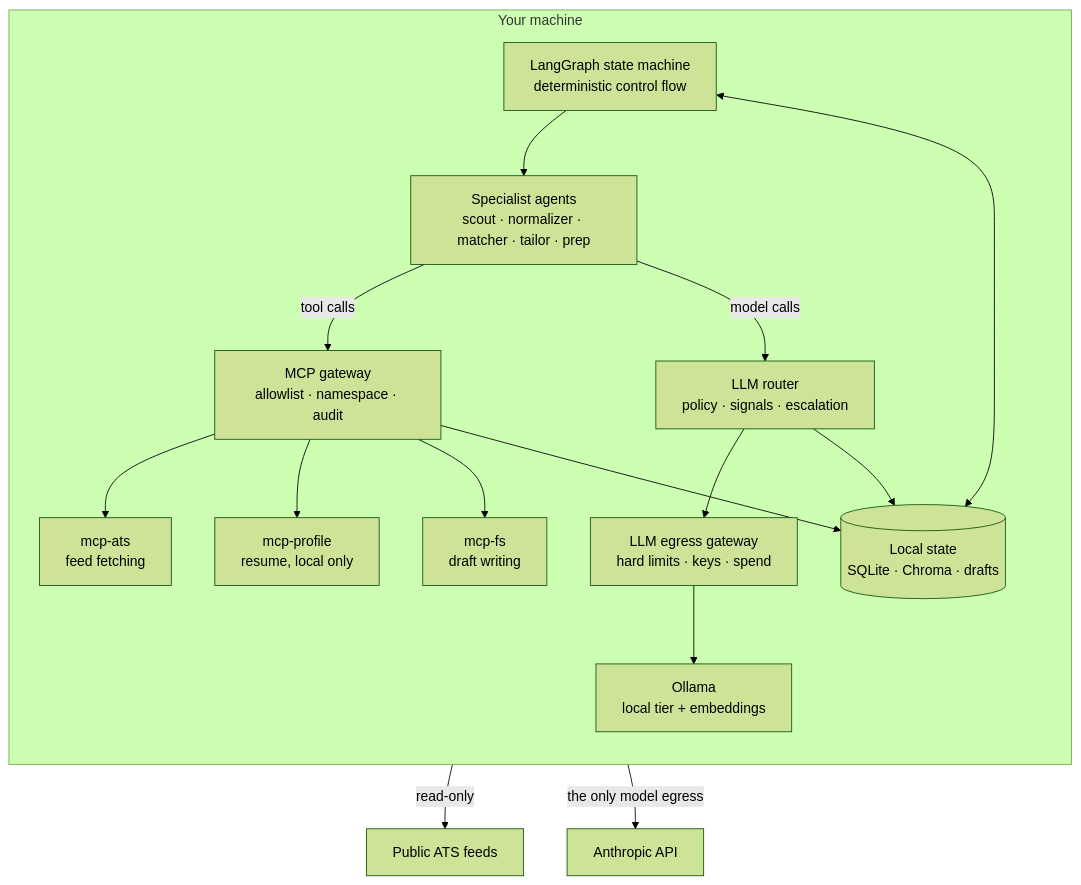
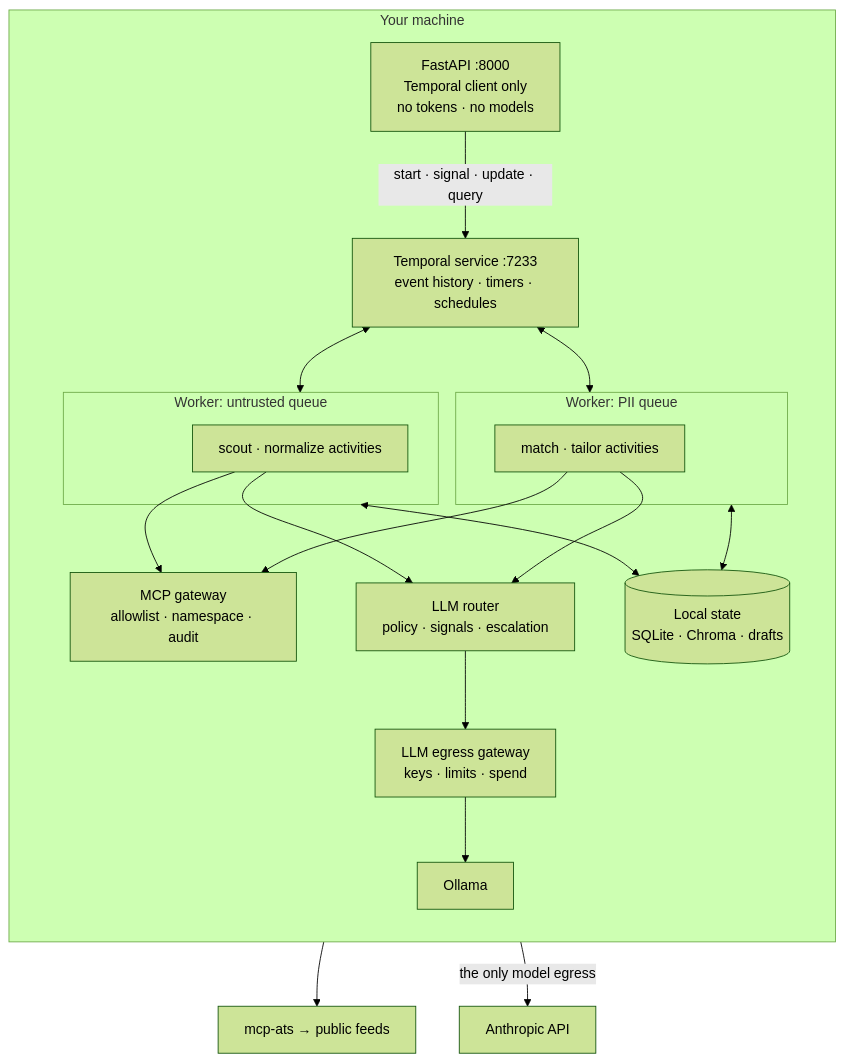
Before and after one commit to Mostapha047/AI-agents-: the diagram in docs/architecture.md, drawn with Mermaid (forest theme). The commit also changed other lines of this file and 29 other files, not shown here.

First line of the commit message:
Migrate orchestration from LangGraph to Temporal for durable execution

````diff
--- a/docs/architecture.md
+++ b/docs/architecture.md
@@ -63,27 +69,32 @@
 ```mermaid
 flowchart TB
     subgraph host["Your machine"]
         direction TB
-        G["LangGraph state machine<br/>deterministic control flow"]
-        A["Specialist agents<br/>scout · normalizer · matcher · tailor · prep"]
+        T["Temporal service :7233<br/>event history · timers · schedules"]
+        API["FastAPI :8000<br/>Temporal client only<br/>no tokens · no models"]
+        API -->|"start · signal · update · query"| T
+        subgraph wu["Worker: untrusted queue"]
+            AU["scout · normalize activities"]
+        end
+        subgraph wp["Worker: PII queue"]
+            AP["match · tailor activities"]
+        end
         R["LLM router<br/>policy · signals · escalation"]
         S[("Local state<br/>SQLite · Chroma · drafts")]
         MG["MCP gateway<br/>allowlist · namespace · audit"]
-        M1["mcp-ats<br/>feed fetching"]
-        M2["mcp-profile<br/>resume, local only"]
-        M3["mcp-fs<br/>draft writing"]
-        EG["LLM egress gateway<br/>hard limits · keys · spend"]
-        O["Ollama<br/>local tier + embeddings"]
-        G --> A
-        A -->|tool calls| MG
-        A -->|model calls| R
-        MG --> M1 & M2 & M3
+        EG["LLM egress gateway<br/>keys · limits · spend"]
+        O["Ollama"]
+        T <--> wu
+        T <--> wp
+        AU --> MG
+        AP --> MG
+        AU --> R
+        AP --> R
         R --> EG
         EG --> O
-        G <--> S
-        R --> S
-        MG --> S
+        wu <--> S
+        wp <--> S
     end
-    M1 -->|read-only| F["Public ATS feeds"]
+    MG --> F["mcp-ats → public feeds"]
     EG -->|"the only model egress"| C["Anthropic API"]
 ```
````
